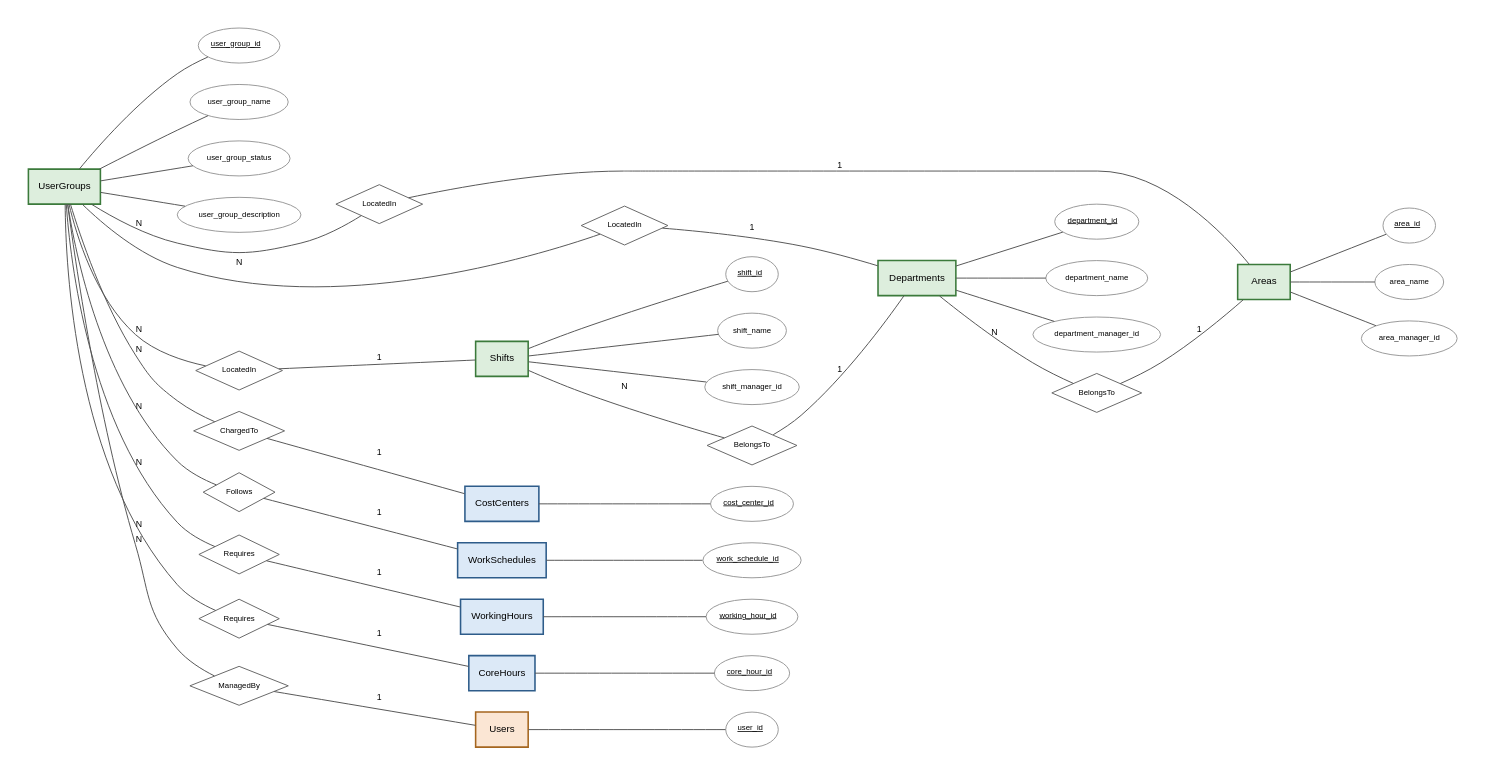
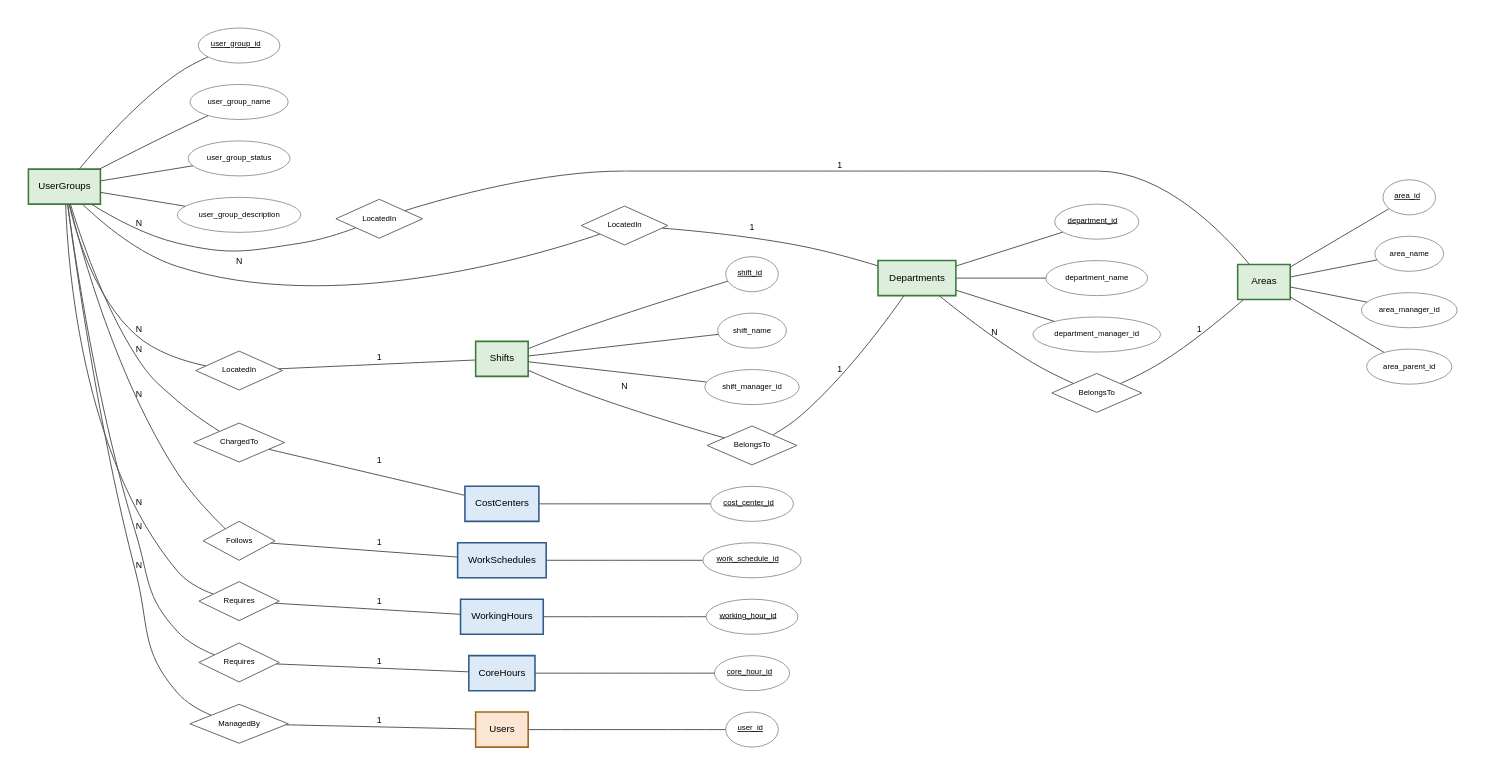
One commit to mbodigit/time_tracking_system_prototype changed the diagram in docs/diagram/er-3-szervezet.dot. Above: the diagram before and after it, drawn with Graphviz. The commit also changed 22 other files, not shown here.

```diff
--- a/docs/diagram/er-3-szervezet.dot
+++ b/docs/diagram/er-3-szervezet.dot
@@ -1,87 +1,89 @@
 graph ER {
   fontname="Helvetica";
   graph [rankdir=LR, splines=spline, nodesep=0.3, ranksep=1.0, pack=true, packmode=array, bgcolor="white", pad=0.3];
   node [fontname="Helvetica", fontsize=10];
   edge [fontname="Helvetica", fontsize=9, color="#555555"];
 
   // fókuszban lévő egyedek, minden attribútummal
   "Areas" [shape=box, style="filled,bold", fillcolor="#DDEEDD", color="#3B7A3B", penwidth=1.6];
   "Areas__area_id" [shape=ellipse, style=filled, fillcolor="white", color="#999999", fontsize=8, label=<<U>area_id</U>>];
   "Areas" -- "Areas__area_id" [len=0.8, weight=4];
   "Areas__area_name" [shape=ellipse, style=filled, fillcolor="white", color="#999999", fontsize=8, label="area_name"];
   "Areas" -- "Areas__area_name" [len=0.8, weight=4];
   "Areas__area_manager_id" [shape=ellipse, style=filled, fillcolor="white", color="#999999", fontsize=8, label="area_manager_id"];
   "Areas" -- "Areas__area_manager_id" [len=0.8, weight=4];
+  "Areas__area_parent_id" [shape=ellipse, style=filled, fillcolor="white", color="#999999", fontsize=8, label="area_parent_id"];
+  "Areas" -- "Areas__area_parent_id" [len=0.8, weight=4];
   "Departments" [shape=box, style="filled,bold", fillcolor="#DDEEDD", color="#3B7A3B", penwidth=1.6];
   "Departments__department_id" [shape=ellipse, style=filled, fillcolor="white", color="#999999", fontsize=8, label=<<U>department_id</U>>];
   "Departments" -- "Departments__department_id" [len=0.8, weight=4];
   "Departments__department_name" [shape=ellipse, style=filled, fillcolor="white", color="#999999", fontsize=8, label="department_name"];
   "Departments" -- "Departments__department_name" [len=0.8, weight=4];
   "Departments__department_manager_id" [shape=ellipse, style=filled, fillcolor="white", color="#999999", fontsize=8, label="department_manager_id"];
   "Departments" -- "Departments__department_manager_id" [len=0.8, weight=4];
   "Shifts" [shape=box, style="filled,bold", fillcolor="#DDEEDD", color="#3B7A3B", penwidth=1.6];
   "Shifts__shift_id" [shape=ellipse, style=filled, fillcolor="white", color="#999999", fontsize=8, label=<<U>shift_id</U>>];
   "Shifts" -- "Shifts__shift_id" [len=0.8, weight=4];
   "Shifts__shift_name" [shape=ellipse, style=filled, fillcolor="white", color="#999999", fontsize=8, label="shift_name"];
   "Shifts" -- "Shifts__shift_name" [len=0.8, weight=4];
   "Shifts__shift_manager_id" [shape=ellipse, style=filled, fillcolor="white", color="#999999", fontsize=8, label="shift_manager_id"];
   "Shifts" -- "Shifts__shift_manager_id" [len=0.8, weight=4];
   "UserGroups" [shape=box, style="filled,bold", fillcolor="#DDEEDD", color="#3B7A3B", penwidth=1.6];
   "UserGroups__user_group_id" [shape=ellipse, style=filled, fillcolor="white", color="#999999", fontsize=8, label=<<U>user_group_id</U>>];
   "UserGroups" -- "UserGroups__user_group_id" [len=0.8, weight=4];
   "UserGroups__user_group_name" [shape=ellipse, style=filled, fillcolor="white", color="#999999", fontsize=8, label="user_group_name"];
   "UserGroups" -- "UserGroups__user_group_name" [len=0.8, weight=4];
   "UserGroups__user_group_status" [shape=ellipse, style=filled, fillcolor="white", color="#999999", fontsize=8, label="user_group_status"];
   "UserGroups" -- "UserGroups__user_group_status" [len=0.8, weight=4];
   "UserGroups__user_group_description" [shape=ellipse, style=filled, fillcolor="white", color="#999999", fontsize=8, label="user_group_description"];
   "UserGroups" -- "UserGroups__user_group_description" [len=0.8, weight=4];
 
   // kapcsolódó egyedek, csak az elsődleges kulccsal
   "CoreHours" [shape=box, style="filled,bold", fillcolor="#DCE9F7", color="#2E5C8A", penwidth=1.6];
   "CoreHours__core_hour_id" [shape=ellipse, style=filled, fillcolor="white", color="#999999", fontsize=8, label=<<U>core_hour_id</U>>];
   "CoreHours" -- "CoreHours__core_hour_id" [len=0.8, weight=4];
   "CostCenters" [shape=box, style="filled,bold", fillcolor="#DCE9F7", color="#2E5C8A", penwidth=1.6];
   "CostCenters__cost_center_id" [shape=ellipse, style=filled, fillcolor="white", color="#999999", fontsize=8, label=<<U>cost_center_id</U>>];
   "CostCenters" -- "CostCenters__cost_center_id" [len=0.8, weight=4];
   "Users" [shape=box, style="filled,bold", fillcolor="#FBE6D4", color="#A5661F", penwidth=1.6];
   "Users__user_id" [shape=ellipse, style=filled, fillcolor="white", color="#999999", fontsize=8, label=<<U>user_id</U>>];
   "Users" -- "Users__user_id" [len=0.8, weight=4];
   "WorkSchedules" [shape=box, style="filled,bold", fillcolor="#DCE9F7", color="#2E5C8A", penwidth=1.6];
   "WorkSchedules__work_schedule_id" [shape=ellipse, style=filled, fillcolor="white", color="#999999", fontsize=8, label=<<U>work_schedule_id</U>>];
   "WorkSchedules" -- "WorkSchedules__work_schedule_id" [len=0.8, weight=4];
   "WorkingHours" [shape=box, style="filled,bold", fillcolor="#DCE9F7", color="#2E5C8A", penwidth=1.6];
   "WorkingHours__working_hour_id" [shape=ellipse, style=filled, fillcolor="white", color="#999999", fontsize=8, label=<<U>working_hour_id</U>>];
   "WorkingHours" -- "WorkingHours__working_hour_id" [len=0.8, weight=4];
 
   // kapcsolatok
   "R_fk_department_area" [shape=diamond, style=filled, fillcolor="white", color="#666666", fontsize=8, label="BelongsTo", width=1.0, height=0.55];
   "Departments" -- "R_fk_department_area" [label="N", len=2.4];
   "R_fk_department_area" -- "Areas" [label="1", len=2.4];
   "R_fk_shift_department" [shape=diamond, style=filled, fillcolor="white", color="#666666", fontsize=8, label="BelongsTo", width=1.0, height=0.55];
   "Shifts" -- "R_fk_shift_department" [label="N", len=2.4];
   "R_fk_shift_department" -- "Departments" [label="1", len=2.4];
   "R_fk_group_area" [shape=diamond, style=filled, fillcolor="white", color="#666666", fontsize=8, label="LocatedIn", width=1.0, height=0.55];
   "UserGroups" -- "R_fk_group_area" [label="N", len=2.4];
   "R_fk_group_area" -- "Areas" [label="1", len=2.4];
   "R_fk_group_department_in_area" [shape=diamond, style=filled, fillcolor="white", color="#666666", fontsize=8, label="LocatedIn", width=1.0, height=0.55];
   "UserGroups" -- "R_fk_group_department_in_area" [label="N", len=2.4];
   "R_fk_group_department_in_area" -- "Departments" [label="1", len=2.4];
   "R_fk_group_shift_in_department" [shape=diamond, style=filled, fillcolor="white", color="#666666", fontsize=8, label="LocatedIn", width=1.0, height=0.55];
   "UserGroups" -- "R_fk_group_shift_in_department" [label="N", len=2.4];
   "R_fk_group_shift_in_department" -- "Shifts" [label="1", len=2.4];
   "R_fk_group_cost_center" [shape=diamond, style=filled, fillcolor="white", color="#666666", fontsize=8, label="ChargedTo", width=1.0, height=0.55];
   "UserGroups" -- "R_fk_group_cost_center" [label="N", len=2.4];
   "R_fk_group_cost_center" -- "CostCenters" [label="1", len=2.4];
   "R_fk_group_work_schedule" [shape=diamond, style=filled, fillcolor="white", color="#666666", fontsize=8, label="Follows", width=1.0, height=0.55];
   "UserGroups" -- "R_fk_group_work_schedule" [label="N", len=2.4];
   "R_fk_group_work_schedule" -- "WorkSchedules" [label="1", len=2.4];
   "R_fk_group_working_hour" [shape=diamond, style=filled, fillcolor="white", color="#666666", fontsize=8, label="Requires", width=1.0, height=0.55];
   "UserGroups" -- "R_fk_group_working_hour" [label="N", len=2.4];
   "R_fk_group_working_hour" -- "WorkingHours" [label="1", len=2.4];
   "R_fk_group_core_hour" [shape=diamond, style=filled, fillcolor="white", color="#666666", fontsize=8, label="Requires", width=1.0, height=0.55];
   "UserGroups" -- "R_fk_group_core_hour" [label="N", len=2.4];
   "R_fk_group_core_hour" -- "CoreHours" [label="1", len=2.4];
   "R_fk_group_manager" [shape=diamond, style=filled, fillcolor="white", color="#666666", fontsize=8, label="ManagedBy", width=1.0, height=0.55];
   "UserGroups" -- "R_fk_group_manager" [label="N", len=2.4];
   "R_fk_group_manager" -- "Users" [label="1", len=2.4];
 }
```
